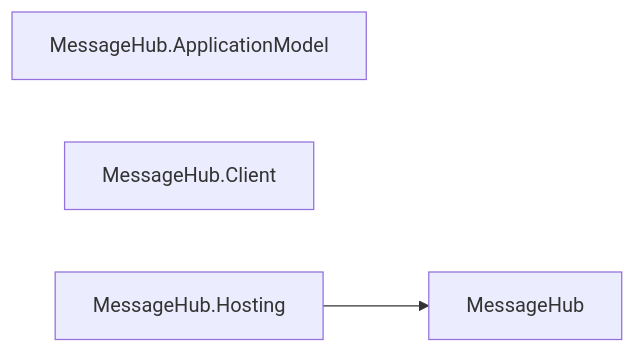
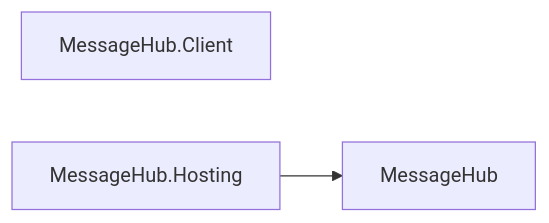
Diagram 21 of 27 in docs/DEPENDENCIES.md (assimalign/cohesion), drawn with Mermaid before and after one commit. The commit also changed other lines of this file and 441 other files, not shown here.

````diff
--- a/docs/DEPENDENCIES.md
+++ b/docs/DEPENDENCIES.md
@@ -831,8 +809,7 @@
 ```mermaid
 flowchart LR
     N0["MessageHub"]
-    N1["MessageHub.ApplicationModel"]
-    N2["MessageHub.Client"]
-    N3["MessageHub.Hosting"]
-    N3 --> N0
+    N1["MessageHub.Client"]
+    N2["MessageHub.Hosting"]
+    N2 --> N0
 ```
````
